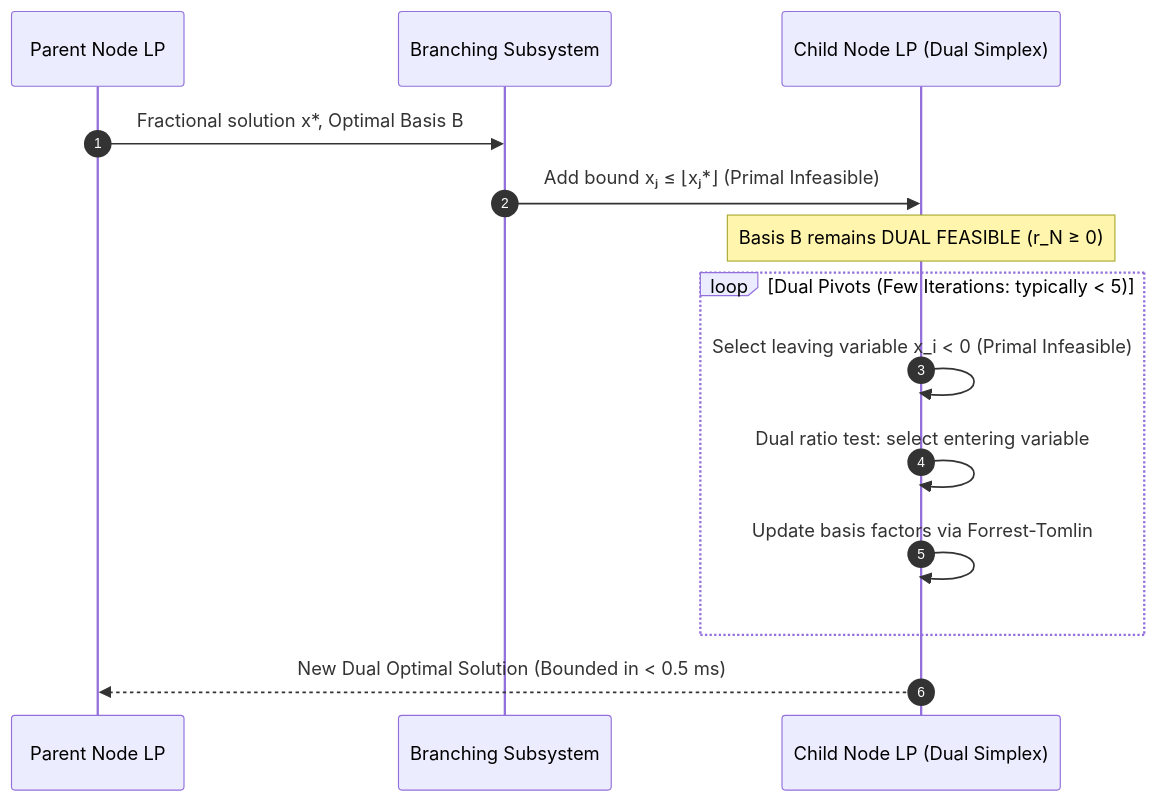
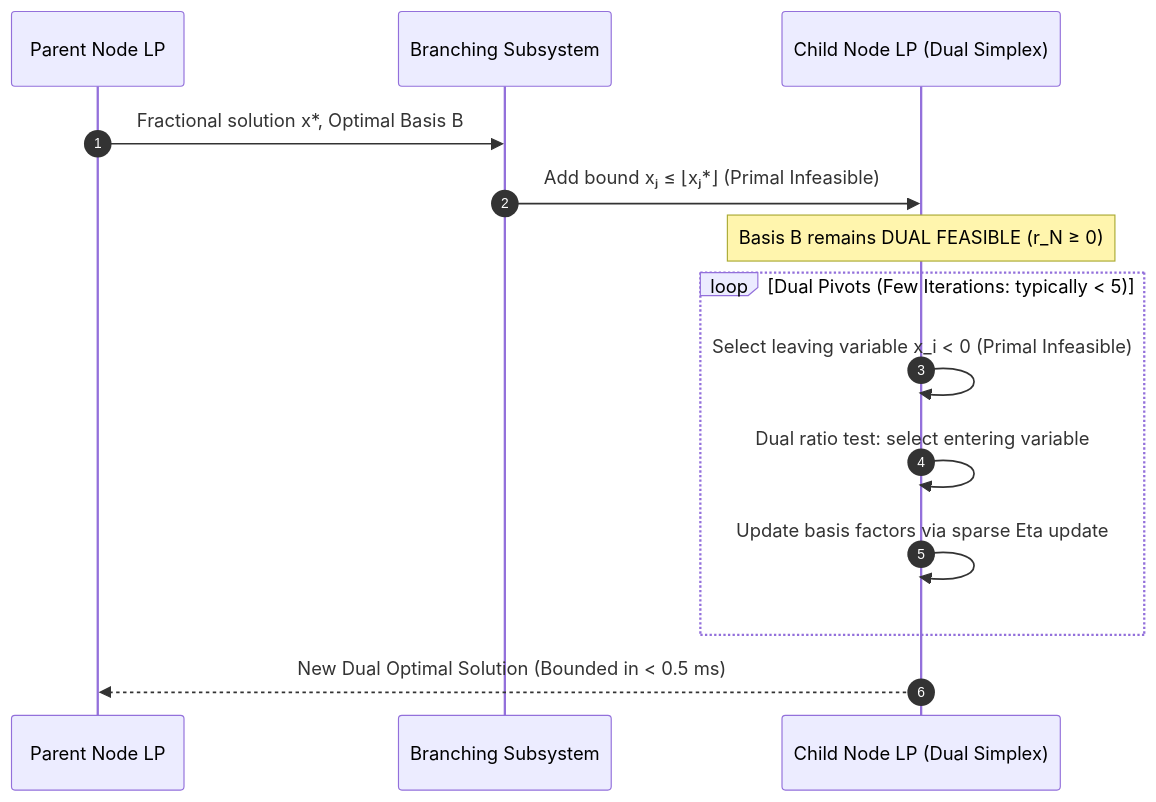
The ninth of 18 diagrams in docs/THEORY.md (madhavansingh/Kavach-opt), drawn with Mermaid before and after one commit. The commit also changed other lines of this file and 13 other files, not shown here.

````diff
--- a/docs/THEORY.md
+++ b/docs/THEORY.md
@@ -668,17 +668,17 @@
 ```mermaid
 sequenceDiagram
     autonumber
     participant Parent as Parent Node LP
     participant Branch as Branching Subsystem
     participant Child as Child Node LP (Dual Simplex)
 
     Parent->>Branch: Fractional solution x*, Optimal Basis B
     Branch->>Child: Add bound xⱼ ≤ ⌊xⱼ*⌋ (Primal Infeasible)
     Note over Child: Basis B remains DUAL FEASIBLE (r_N ≥ 0)
     loop Dual Pivots (Few Iterations: typically < 5)
         Child->>Child: Select leaving variable x_i < 0 (Primal Infeasible)
         Child->>Child: Dual ratio test: select entering variable
-        Child->>Child: Update basis factors via Forrest-Tomlin
+        Child->>Child: Update basis factors via sparse Eta update
     end
     Child-->>Parent: New Dual Optimal Solution (Bounded in < 0.5 ms)
 ```
````
